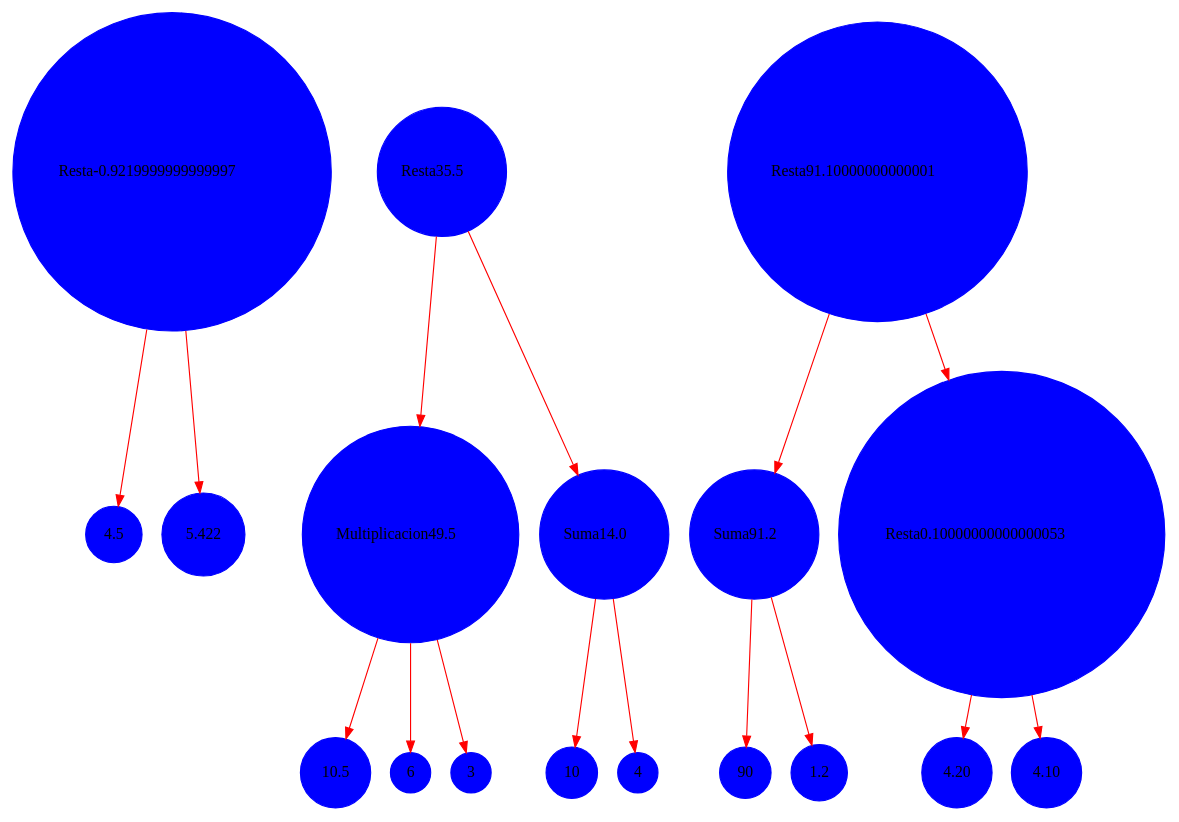
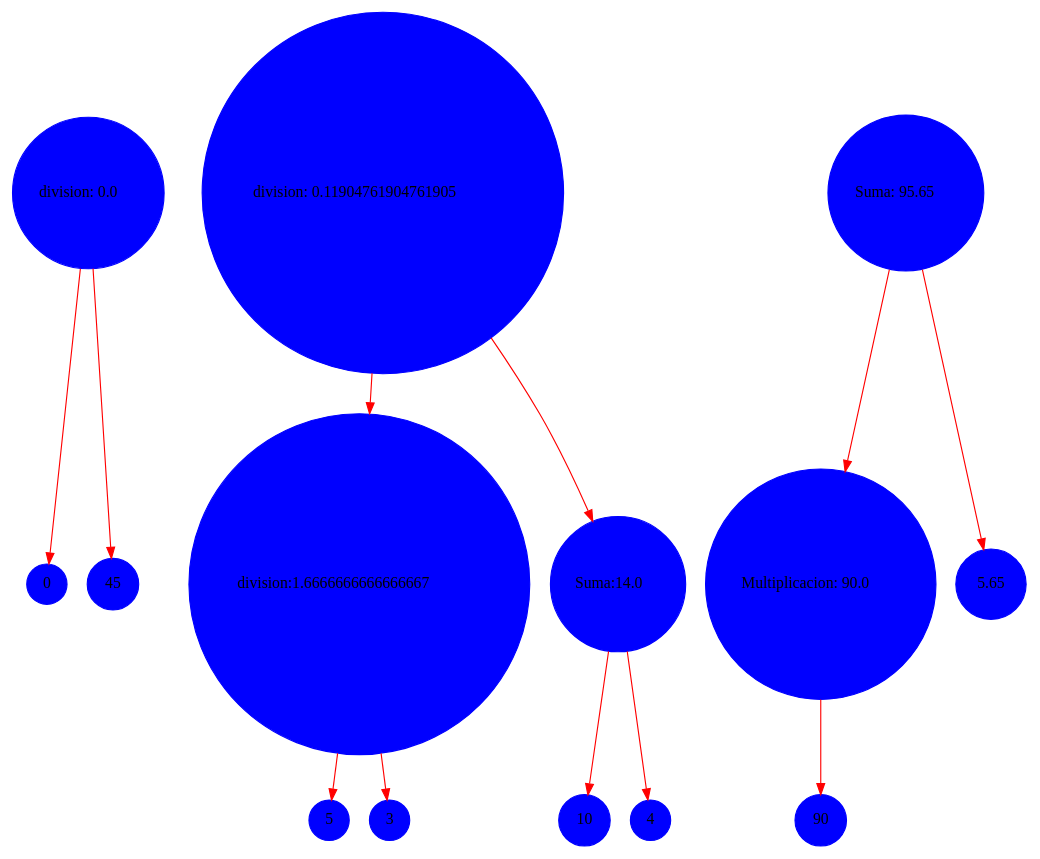
One commit to Jhonsagui81/-LFP-royecto1_202106003 changed the diagram in Documentacion/grafo.dot. Above: the diagram before and after it, drawn with Graphviz. The commit also changed 4 other files, not shown here.

```diff
--- a/Documentacion/grafo.dot
+++ b/Documentacion/grafo.dot
@@ -1,36 +1,28 @@
 digraph {
 	rankdir=TB
-	4.5 [shape=circle style=filled color = blue]
- 	resta1 -> 4.5 [shape=record color=red]
-	5.422 [shape=circle style=filled color = blue]
- 	resta1 -> 5.422 [shape=record color=red]
-	resta1 [shape=circle style=filled color = blue, label=<Resta-0.9219999999999997>]
- 	10.5 [shape=circle style=filled color = blue]
- 	Multiplicacion102 -> 10.5 [shape=record color=red]
-	6 [shape=circle style=filled color = blue]
- 	Multiplicacion102 -> 6 [shape=record color=red]
+	0 [shape=circle style=filled color = blue]
+ 	division1 -> 0 [shape=record color=red]
+	45 [shape=circle style=filled color = blue]
+ 	division1 -> 45 [shape=record color=red]
+	division1 [shape=circle style=filled color = blue, label=<division: 0.0>]
+ 	5 [shape=circle style=filled color = blue]
+ 	division102 -> 5 [shape=record color=red]
 	3 [shape=circle style=filled color = blue]
- 	Multiplicacion102 -> 3 [shape=record color=red]
-	Multiplicacion102 [shape=circle style=filled color = blue, label=<Multiplicacion49.5>]
- 	resta2 -> Multiplicacion102 [shape=record color=red]
+ 	division102 -> 3 [shape=record color=red]
+	division102 [shape=circle style=filled color = blue, label=<division:1.6666666666666667>]
+ 	division2 -> division102 [shape=record color=red]
 	10 [shape=circle style=filled color = blue]
  	Suma102 -> 10 [shape=record color=red]
 	4 [shape=circle style=filled color = blue]
  	Suma102 -> 4 [shape=record color=red]
-	Suma102 [shape=circle style=filled color = blue, label=<Suma14.0>]
- 	resta2 -> Suma102 [shape=record color=red]
-	resta2 [shape=circle style=filled color = blue, label=<Resta35.5>]
+	Suma102 [shape=circle style=filled color = blue, label=<Suma:14.0>]
+ 	division2 -> Suma102 [shape=record color=red]
+	division2 [shape=circle style=filled color = blue, label=<division: 0.11904761904761905>]
  	90 [shape=circle style=filled color = blue]
- 	Suma103 -> 90 [shape=record color=red]
-	1.2 [shape=circle style=filled color = blue]
- 	Suma103 -> 1.2 [shape=record color=red]
-	Suma103 [shape=circle style=filled color = blue, label=<Suma91.2>]
- 	resta3 -> Suma103 [shape=record color=red]
-	4.20 [shape=circle style=filled color = blue]
- 	Resta103 -> 4.20 [shape=record color=red]
-	4.10 [shape=circle style=filled color = blue]
- 	Resta103 -> 4.10 [shape=record color=red]
-	Resta103 [shape=circle style=filled color = blue, label=<Resta0.10000000000000053>]
- 	resta3 -> Resta103 [shape=record color=red]
-	resta3 [shape=circle style=filled color = blue, label=<Resta91.10000000000001>]
+ 	Multiplicacion103 -> 90 [shape=record color=red]
+	Multiplicacion103 [shape=circle style=filled color = blue, label=<Multiplicacion: 90.0>]
+ 	suma3 -> Multiplicacion103 [shape=record color=red]
+	5.65 [shape=circle style=filled color = blue]
+ 	suma3 -> 5.65 [shape=record color=red]
+	suma3 [shape=circle style=filled color = blue, label=<Suma: 95.65>]
  }
```
